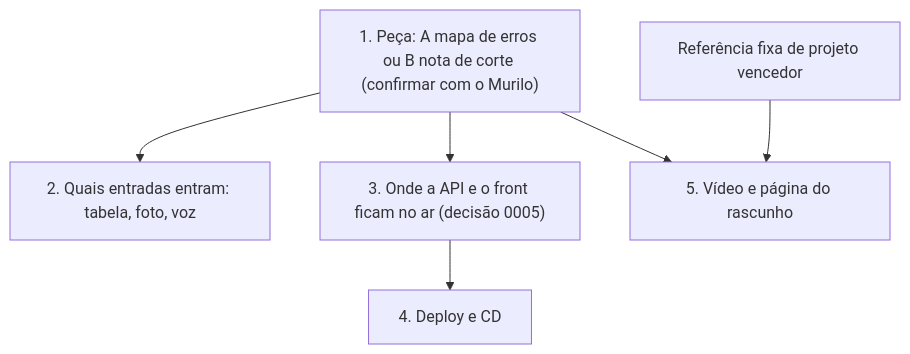
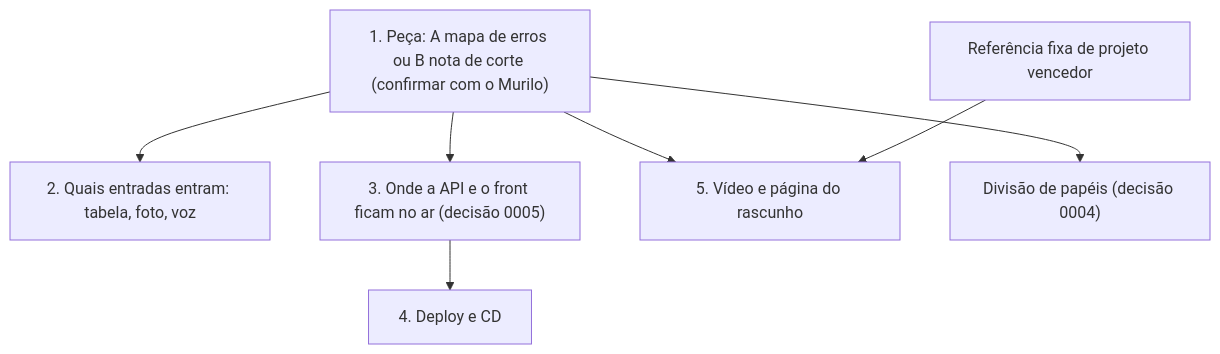
Before and after one commit to gbrielzin/paideia: the diagram in docs/journey/2026-11-05.md, drawn with Mermaid. The commit also changed other lines of this file and 1 other file, not shown here.

Commit message:
docs(journey): fechamento de 05/11 e nota sobre Python na decisão 0004

````diff
--- a/docs/journey/2026-11-05.md
+++ b/docs/journey/2026-11-05.md
@@ -25,8 +27,9 @@
 ```mermaid
 flowchart TB
   P["1. Peça: A mapa de erros ou B nota de corte (confirmar com o Murilo)"] --> E["2. Quais entradas entram: tabela, foto, voz"]
   P --> H["3. Onde a API e o front ficam no ar (decisão 0005)"]
   H --> D["4. Deploy e CD"]
   P --> V["5. Vídeo e página do rascunho"]
   R["Referência fixa de projeto vencedor"] --> V
+  P --> RO["Divisão de papéis (decisão 0004)"]
 ```
````
